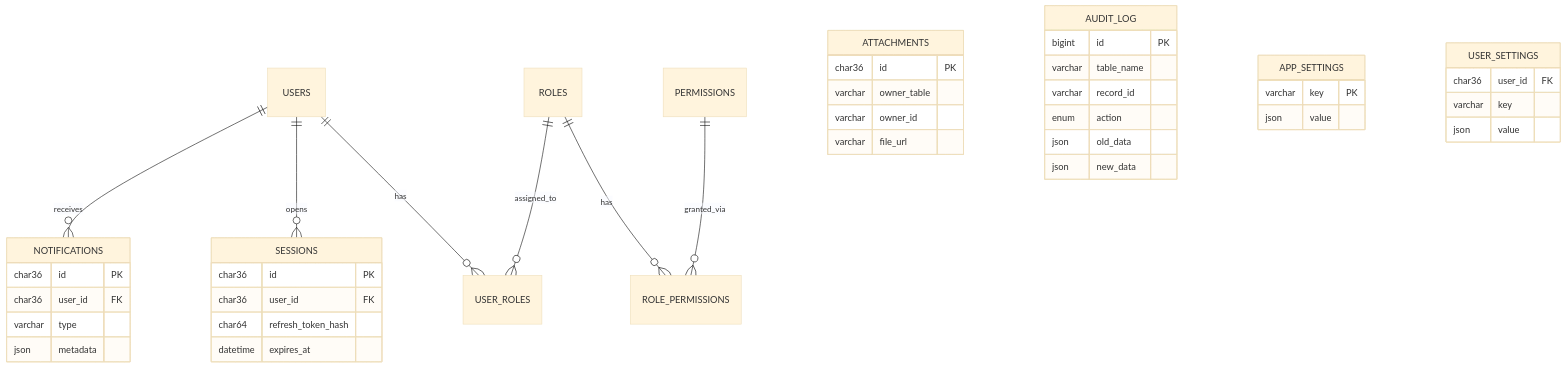
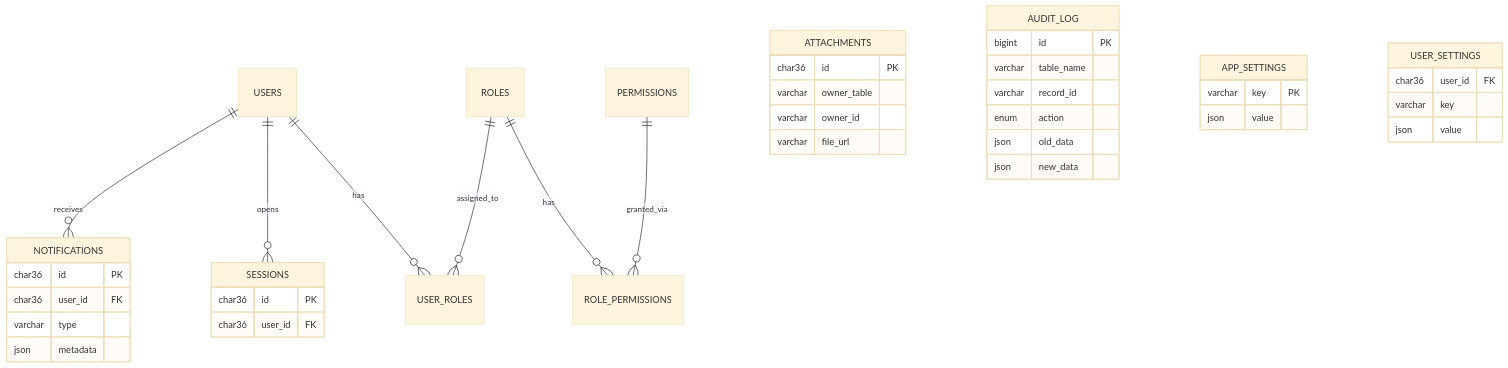
The diagram in docs/ERD.md (NietoDeveloper/MySQL_DataBase), drawn with Mermaid (base theme) before and after one commit.

````diff
--- a/docs/ERD.md
+++ b/docs/ERD.md
@@ -3,51 +3,50 @@
 ```mermaid
 erDiagram
     USERS ||--o{ USER_ROLES : has
     ROLES ||--o{ USER_ROLES : assigned_to
     ROLES ||--o{ ROLE_PERMISSIONS : has
     PERMISSIONS ||--o{ ROLE_PERMISSIONS : granted_via
     USERS ||--o{ SESSIONS : opens
     USERS ||--o{ NOTIFICATIONS : receives
 
 
     SESSIONS {
         char36 id PK
         char36 user_id FK
-        char64 refresh_token_hash
-        datetime expires_at
+
     }
 
     ATTACHMENTS {
         char36 id PK
         varchar owner_table
         varchar owner_id
         varchar file_url
     }
 
     NOTIFICATIONS {
         char36 id PK
         char36 user_id FK
         varchar type
         json metadata
     }
 
     AUDIT_LOG {
         bigint id PK
         varchar table_name
         varchar record_id
         enum action
         json old_data
         json new_data
     }
 
     APP_SETTINGS {
         varchar key PK
         json value
     }
 
     USER_SETTINGS {
         char36 user_id FK
         varchar key
         json value
     }
 ```
````
